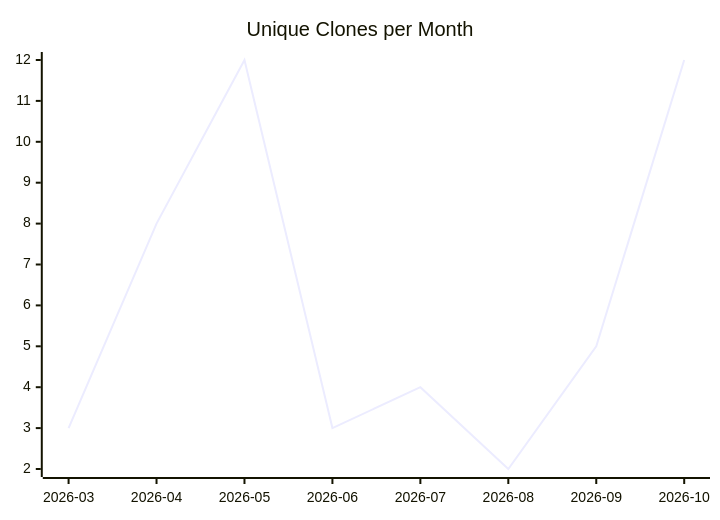
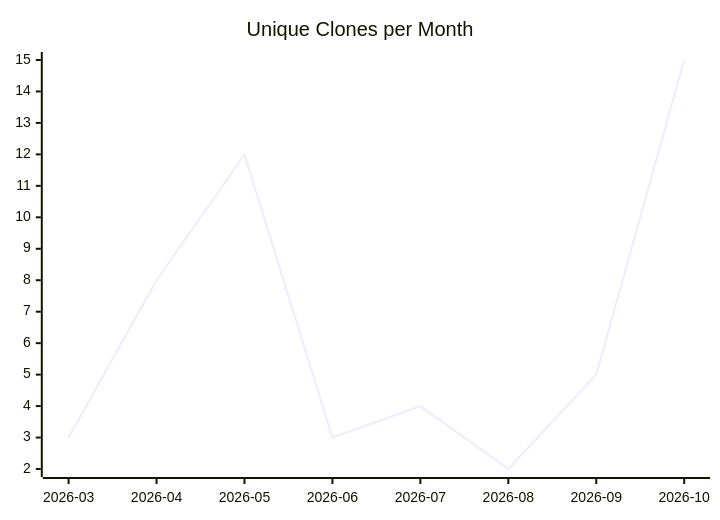
Before and after one commit to justdavis-family/github-analytics-data: the third of 3 diagrams in karlmdavis/puppet-sonar/README.md, drawn with Mermaid. The commit also changed other lines of this file and 200 other files, not shown here.

````diff
--- a/karlmdavis/puppet-sonar/README.md
+++ b/karlmdavis/puppet-sonar/README.md
@@ -19,6 +19,6 @@
 ```mermaid
 xychart-beta
   title "Unique Clones per Month"
   x-axis ["2026-03", "2026-04", "2026-05", "2026-06", "2026-07", "2026-08", "2026-09", "2026-10"]
-  line [3, 8, 12, 3, 4, 2, 5, 12]
+  line [3, 8, 12, 3, 4, 2, 5, 15]
 ```
````
